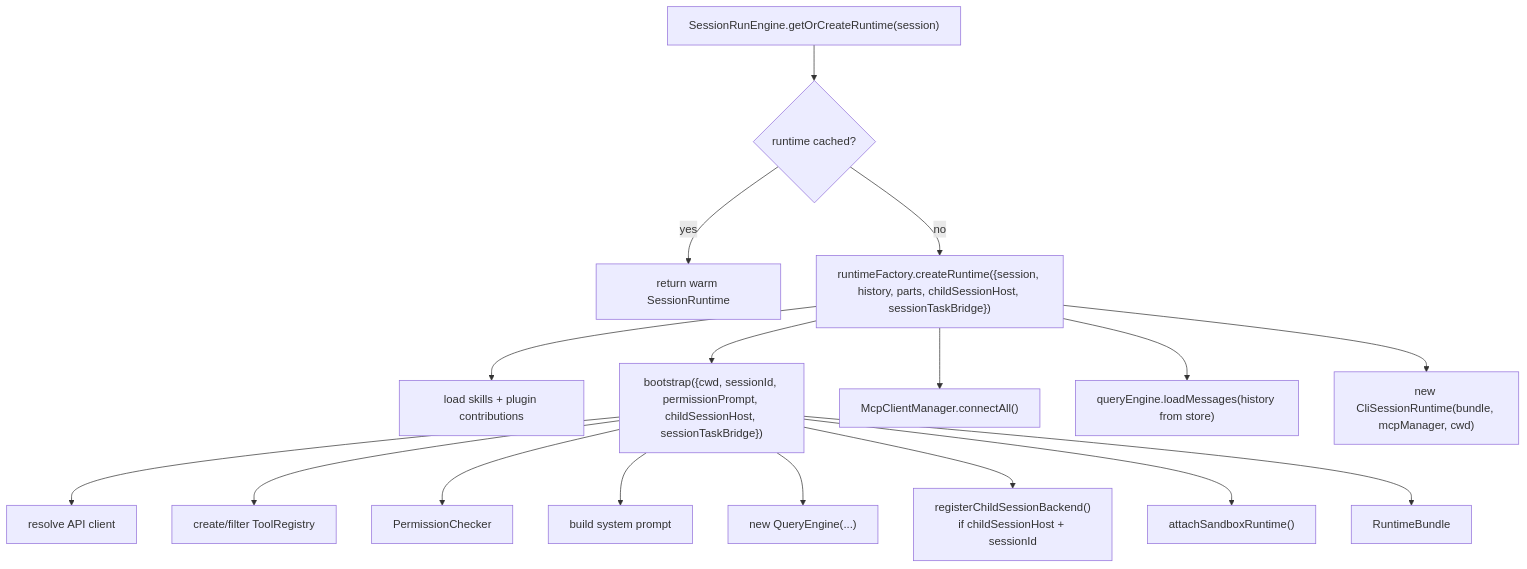
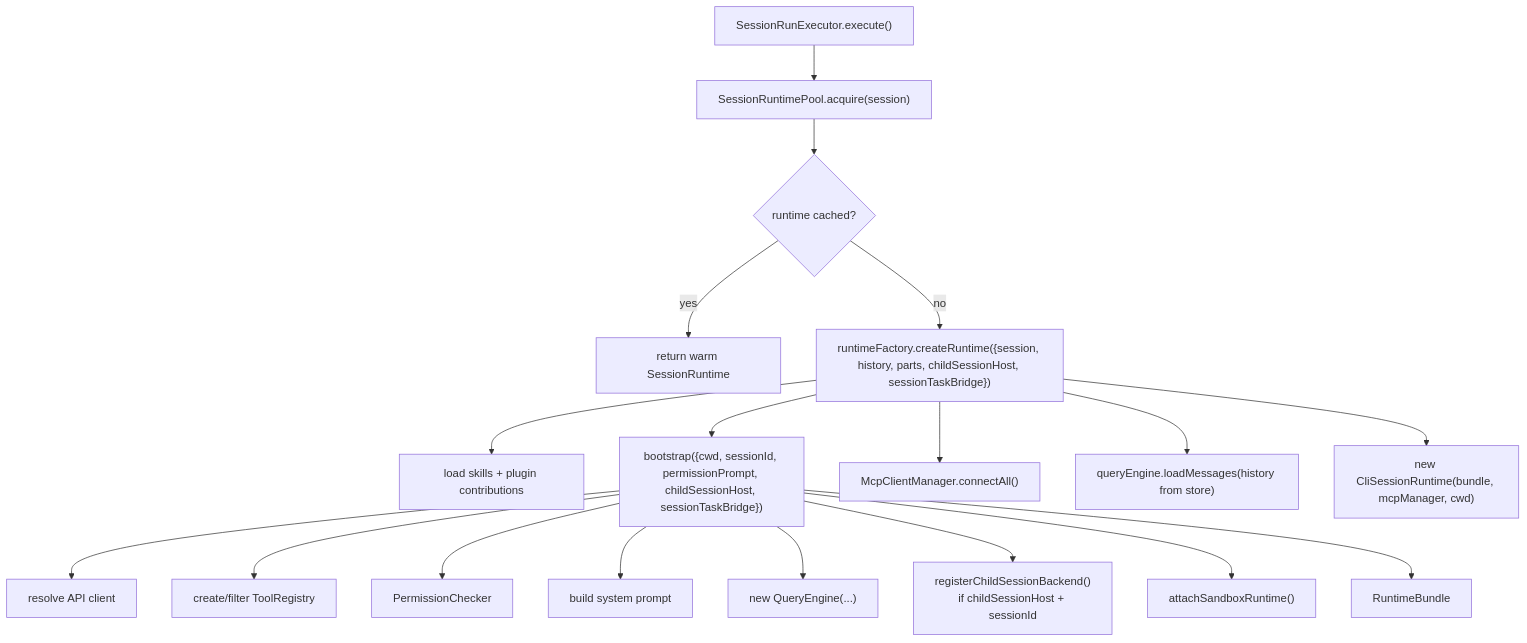
One commit to rzx007/openharness-ts changed the seventh of 16 diagrams in docs/daemon-runtime-flow-map.md. Above: the diagram before and after it, drawn with Mermaid. The commit also changed other lines of this file and 4 other files, not shown here.

Commit message:
docs: map daemon runtime flow

````diff
--- a/docs/daemon-runtime-flow-map.md
+++ b/docs/daemon-runtime-flow-map.md
@@ -226,21 +323,22 @@
 ```mermaid
 flowchart TD
-  engine["SessionRunEngine.getOrCreateRuntime(session)"] --> cache{"runtime cached?"}
+  engine["SessionRunExecutor.execute()"] --> pool["SessionRuntimePool.acquire(session)"]
+  pool --> cache{"runtime cached?"}
   cache -->|yes| runtime["return warm SessionRuntime"]
   cache -->|no| factory["runtimeFactory.createRuntime({session, history, parts, childSessionHost, sessionTaskBridge})"]
 
   factory --> skills["load skills + plugin contributions"]
   factory --> bootstrap["bootstrap({cwd, sessionId, permissionPrompt, childSessionHost, sessionTaskBridge})"]
   bootstrap --> api["resolve API client"]
   bootstrap --> tools["create/filter ToolRegistry"]
   bootstrap --> permissions["PermissionChecker"]
   bootstrap --> prompt["build system prompt"]
   bootstrap --> query["new QueryEngine(...)"]
   bootstrap --> childBackend["registerChildSessionBackend()<br/>if childSessionHost + sessionId"]
   bootstrap --> sandbox["attachSandboxRuntime()"]
   bootstrap --> bundle["RuntimeBundle"]
 
   factory --> mcp["McpClientManager.connectAll()"]
   factory --> history["queryEngine.loadMessages(history from store)"]
   factory --> cliRuntime["new CliSessionRuntime(bundle, mcpManager, cwd)"]
 ```
````
